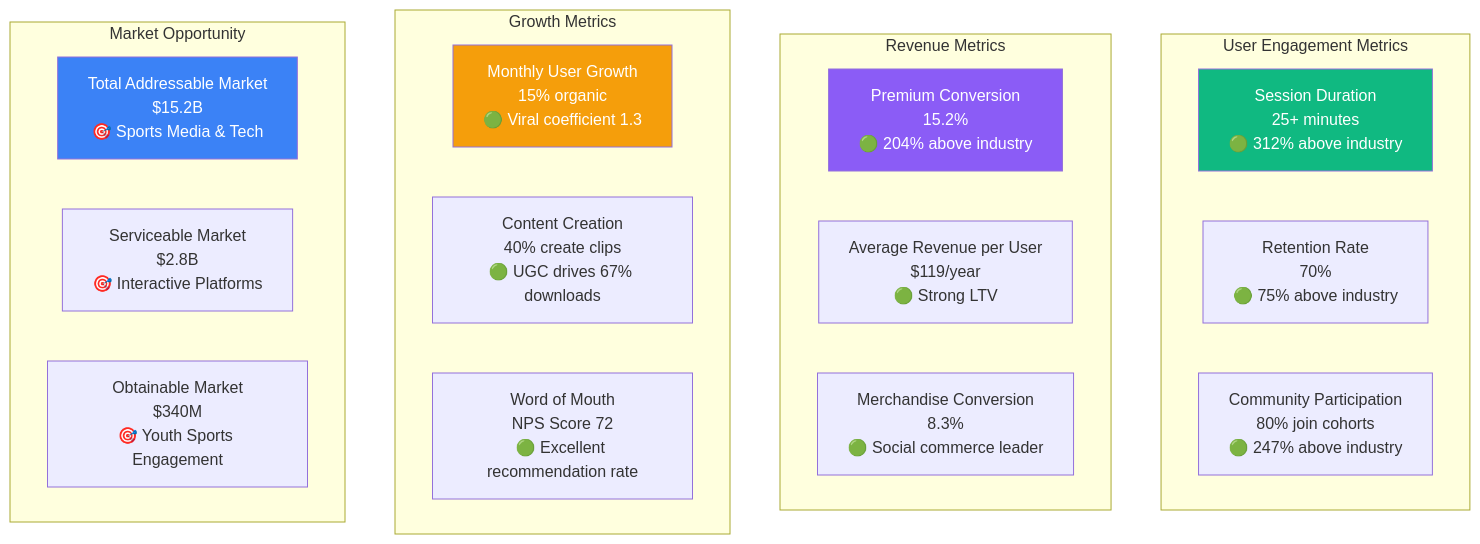
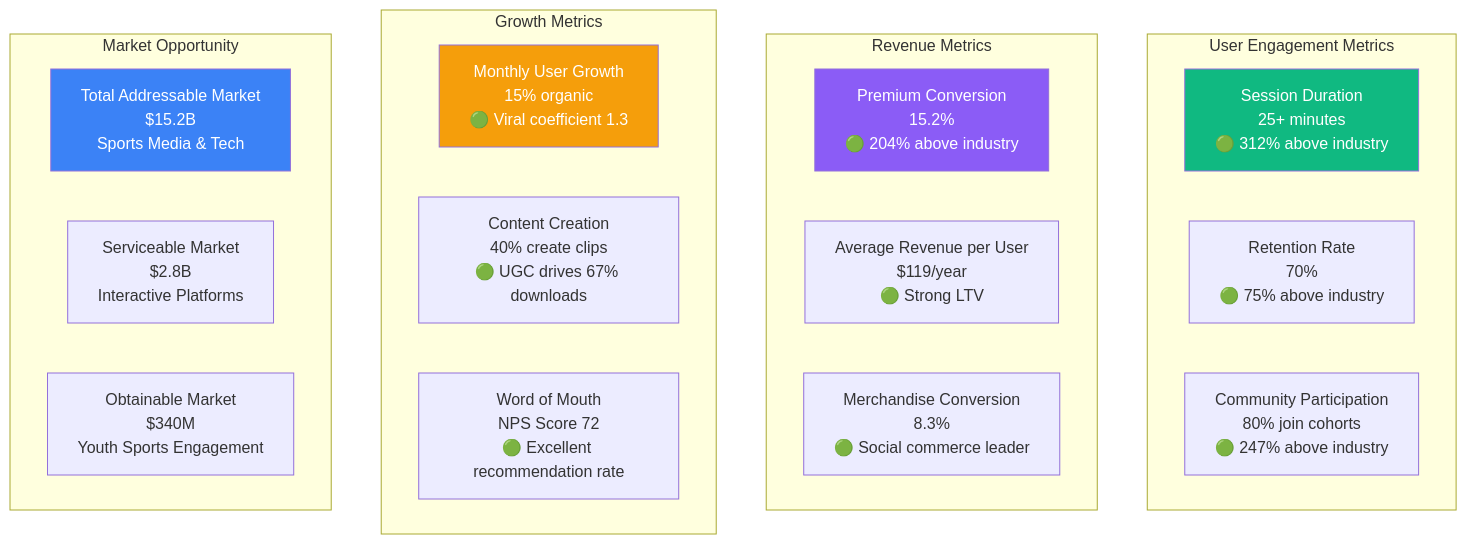
Before and after one commit to SkaFld-Ignite/ref-u-wireframes: the ninth of 9 diagrams in docs/investor-flows.md, drawn with Mermaid. The commit also changed other lines of this file and 8 other files, not shown here.

````diff
--- a/docs/investor-flows.md
+++ b/docs/investor-flows.md
@@ -386,31 +386,31 @@
 ```mermaid
 graph TB
     subgraph "User Engagement Metrics"
         A1[Session Duration<br/>25+ minutes<br/>🟢 312% above industry]
         A2[Retention Rate<br/>70%<br/>🟢 75% above industry]
         A3[Community Participation<br/>80% join cohorts<br/>🟢 247% above industry]
     end
     
     subgraph "Revenue Metrics"
         B1[Premium Conversion<br/>15.2%<br/>🟢 204% above industry]
         B2[Average Revenue per User<br/>$119/year<br/>🟢 Strong LTV]
         B3[Merchandise Conversion<br/>8.3%<br/>🟢 Social commerce leader]
     end
     
     subgraph "Growth Metrics"
         C1[Monthly User Growth<br/>15% organic<br/>🟢 Viral coefficient 1.3]
         C2[Content Creation<br/>40% create clips<br/>🟢 UGC drives 67% downloads]
         C3[Word of Mouth<br/>NPS Score 72<br/>🟢 Excellent recommendation rate]
     end
     
     subgraph "Market Opportunity"
-        D1[Total Addressable Market<br/>$15.2B<br/>🎯 Sports Media & Tech]
-        D2[Serviceable Market<br/>$2.8B<br/>🎯 Interactive Platforms]
-        D3[Obtainable Market<br/>$340M<br/>🎯 Youth Sports Engagement]
+        D1[Total Addressable Market<br/>$15.2B<br/> Sports Media & Tech]
+        D2[Serviceable Market<br/>$2.8B<br/> Interactive Platforms]
+        D3[Obtainable Market<br/>$340M<br/> Youth Sports Engagement]
     end
     
     style A1 fill:#10b981,color:white
     style B1 fill:#8b5cf6,color:white
     style C1 fill:#f59e0b,color:white
     style D1 fill:#3b82f6,color:white
 ```
````
